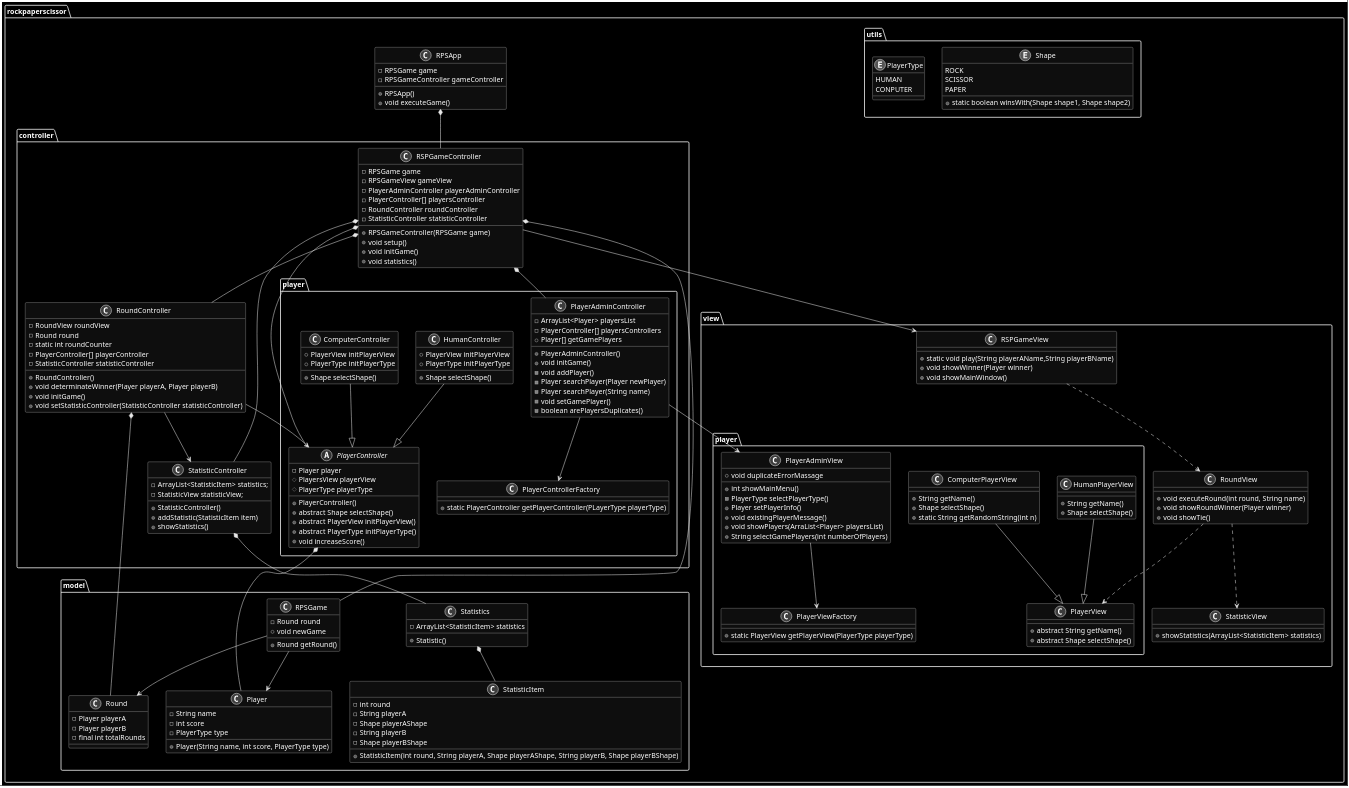
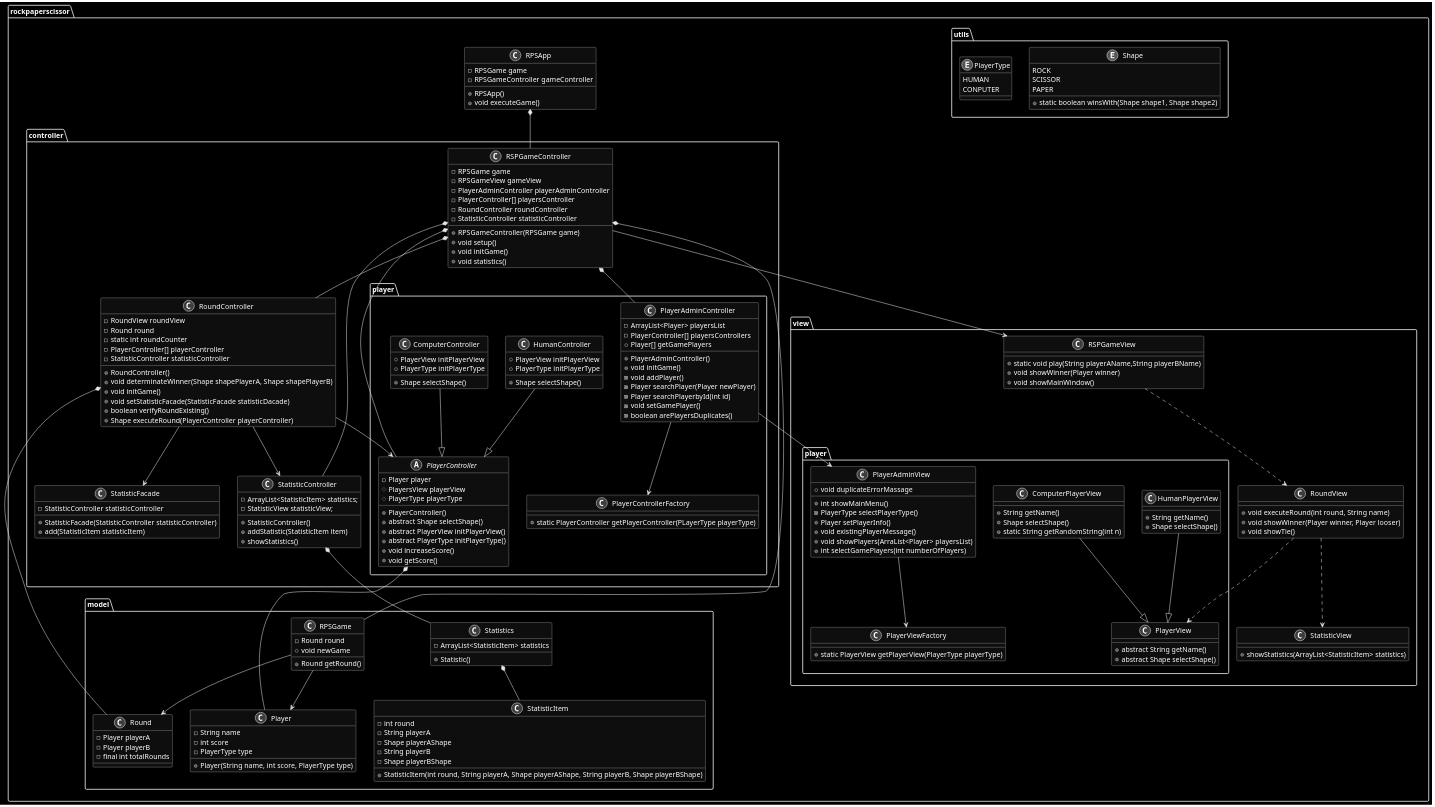
The diagram in docs/rsp-mvc.wsd (andrescordovatelus/RockPaperScissor-MVC), drawn with PlantUML before and after one commit.

Commit message:
refactoring mvc diagram

```diff
--- a/docs/rsp-mvc.wsd
+++ b/docs/rsp-mvc.wsd
@@ -52,7 +52,7 @@
                 +void initGame()
                 -void addPlayer()
                 -Player searchPlayer(Player newPlayer)
-                -Player searchPlayer(String name)
+                -Player searchPlayerbyId(int id)
                 -void setGamePlayer()
                 -boolean arePlayersDuplicates()
             }
@@ -71,6 +71,7 @@
                 +abstract PlayerView initPlayerView()
                 +abstract PlayerType initPlayerType()
                 +void increaseScore()
+                +void getScore()
             }
 
             class HumanController{
@@ -94,9 +95,11 @@
             -StatisticController statisticController
 
             +RoundController()
-            +void determinateWinner(Player playerA, Player playerB)
+            +void determinateWinner(Shape shapePlayerA, Shape shapePlayerB)
             +void initGame()
-            +void setStatisticController(StatisticController statisticController)
+            +void setStatisticFacade(StatisticFacade statisticDacade)
+            +boolean verifyRoundExisting()
+            +Shape executeRound(PlayerController playerController)
         }
 
         class RSPGameController{
@@ -120,6 +123,13 @@
             +StatisticController()
             +addStatistic(StatisticItem item)
             +showStatistics()
+        }
+
+        class StatisticFacade{
+            -StatisticController statisticController
+
+            +StatisticFacade(StatisticController statisticController)
+            +add(StatisticItem statisticItem)
         }
     }
 
@@ -157,7 +167,7 @@
                 +Player setPlayerInfo()
                 +void existingPlayerMessage()
                 +void showPlayers(ArraList<Player> playersList)
-                +String selectGamePlayers(int numberOfPlayers)
+                +int selectGamePlayers(int numberOfPlayers)
                 +void duplicateErrorMassage
             }
             class PlayerViewFactory{
@@ -173,7 +183,7 @@
 
         class RoundView{
             +void executeRound(int round, String name)
-            +void showRoundWinner(Player winner)
+            +void showWinner(Player winner, Player looser)
             +void showTie()
         }
         class StatisticView{
@@ -193,6 +203,7 @@
 RoundController *-- Round
 RoundController --> PlayerController
 RoundController --> StatisticController
+RoundController --> StatisticFacade
 ComputerController --|> PlayerController
 HumanController --|> PlayerController
 RSPGameController --> RSPGameView
```
